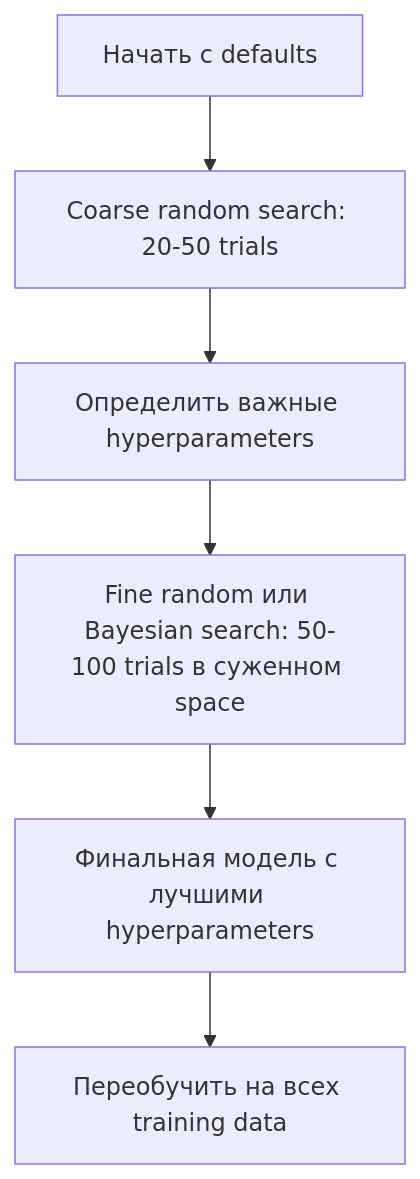
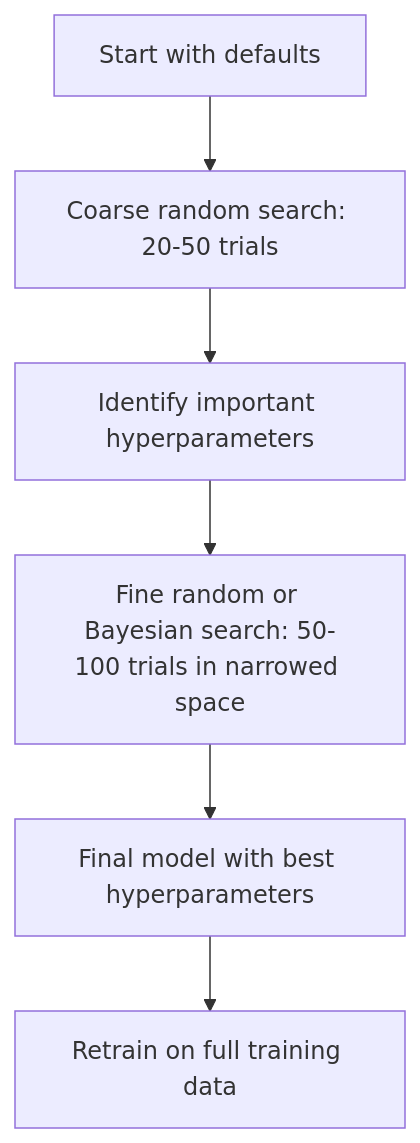
One commit to stabuev/ai-engineering-from-scratch changed the third of 4 diagrams in phases/02-ml-fundamentals/12-hyperparameter-tuning/docs/ru.md. Above: the diagram before and after it, drawn with Mermaid. The commit also changed other lines of this file and 182 other files, not shown here.

````diff
--- a/phases/02-ml-fundamentals/12-hyperparameter-tuning/docs/ru.md
+++ b/phases/02-ml-fundamentals/12-hyperparameter-tuning/docs/ru.md
@@ -156,8 +156,8 @@
 ```mermaid
 flowchart TD
-    A[Начать с defaults] --> B[Coarse random search: 20-50 trials]
-    B --> C[Определить важные hyperparameters]
-    C --> D[Fine random или Bayesian search: 50-100 trials в суженном space]
-    D --> E[Финальная модель с лучшими hyperparameters]
-    E --> F[Переобучить на всех training data]
+    A[Start with defaults] --> B[Coarse random search: 20-50 trials]
+    B --> C[Identify important hyperparameters]
+    C --> D[Fine random or Bayesian search: 50-100 trials in narrowed space]
+    D --> E[Final model with best hyperparameters]
+    E --> F[Retrain on full training data]
 ```
````
